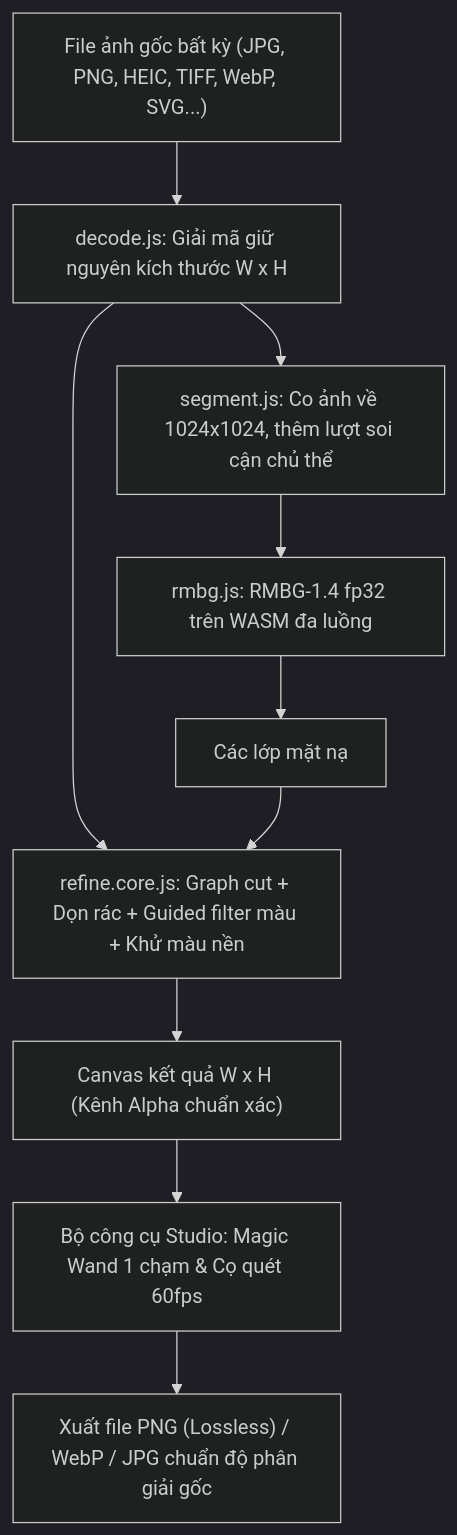
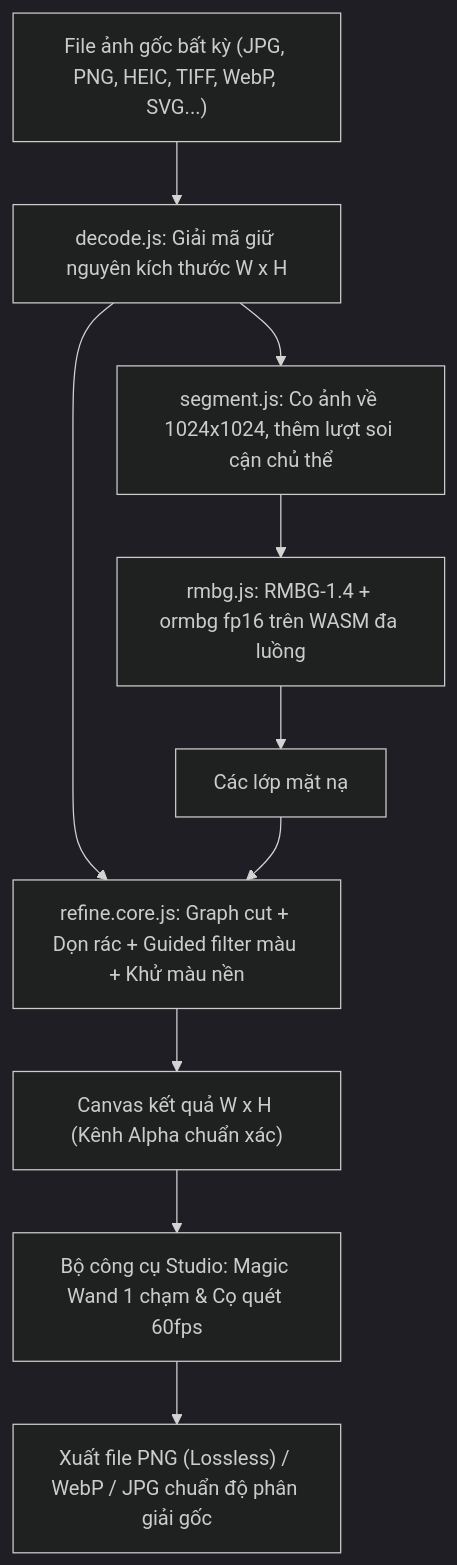
The diagram in README.md (wwm100107-creator/xoa-phong-nen), drawn with Mermaid (dark theme) before and after one commit. The commit also changed other lines of this file and 5 other files, not shown here.

````diff
--- a/README.md
+++ b/README.md
@@ -33,12 +33,12 @@
 ```mermaid
 flowchart TD
     A["File ảnh gốc bất kỳ (JPG, PNG, HEIC, TIFF, WebP, SVG...)"] --> B["decode.js: Giải mã giữ nguyên kích thước W x H"]
     B --> C["segment.js: Co ảnh về 1024x1024, thêm lượt soi cận chủ thể"]
-    C --> D["rmbg.js: RMBG-1.4 fp32 trên WASM đa luồng"]
+    C --> D["rmbg.js: RMBG-1.4 + ormbg fp16 trên WASM đa luồng"]
     D --> E["Các lớp mặt nạ"]
     B --> F["refine.core.js: Graph cut + Dọn rác + Guided filter màu + Khử màu nền"]
     E --> F
     F --> G["Canvas kết quả W x H (Kênh Alpha chuẩn xác)"]
     G --> H["Bộ công cụ Studio: Magic Wand 1 chạm & Cọ quét 60fps"]
     H --> I["Xuất file PNG (Lossless) / WebP / JPG chuẩn độ phân giải gốc"]
 ```
````
